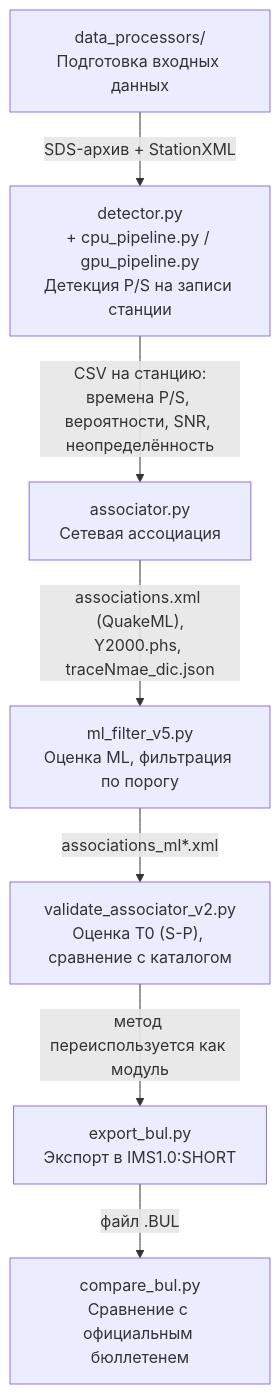
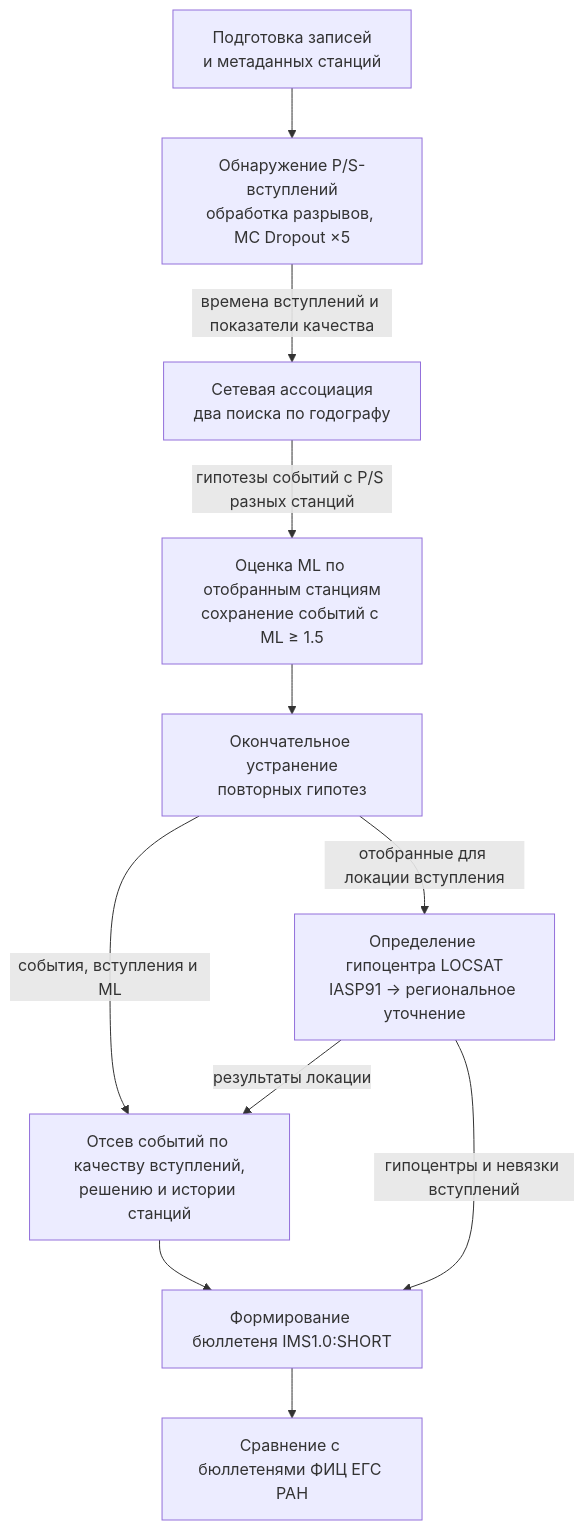
One commit to ruhose73/FastEQT changed the first of 13 diagrams in docs/doc-physical.md. Above: the diagram before and after it, drawn with Mermaid. The commit also changed other lines of this file, not shown here.

Commit message:
docs(physical): update pipeline methods and validation results

````diff
--- a/docs/doc-physical.md
+++ b/docs/doc-physical.md
@@ -17,17 +19,23 @@
 ```mermaid
 flowchart TD
-    A["data_processors/<br/>Подготовка входных данных"]
-    B["detector.py<br/>+ cpu_pipeline.py / gpu_pipeline.py<br/>Детекция P/S на записи станции"]
-    C["associator.py<br/>Сетевая ассоциация"]
-    D["ml_filter_v5.py<br/>Оценка ML, фильтрация по порогу"]
-    E["validate_associator_v2.py<br/>Оценка T0 (S-P), сравнение с каталогом"]
-    F["export_bul.py<br/>Экспорт в IMS1.0:SHORT"]
-    G["compare_bul.py<br/>Сравнение с официальным бюллетенем"]
+    A["Подготовка записей<br/>и метаданных станций"]
+    B["Обнаружение P/S-вступлений<br/>обработка разрывов, MC Dropout ×5"]
+    C["Сетевая ассоциация<br/>два поиска по годографу"]
+    D["Оценка ML по отобранным станциям<br/>сохранение событий с ML ≥ 1.5"]
+    J["Окончательное устранение<br/>повторных гипотез"]
+    E["Определение гипоцентра LOCSAT<br/>IASP91 → региональное уточнение"]
+    F["Отсев событий по качеству вступлений,<br/>решению и истории станций"]
+    G["Формирование бюллетеня IMS1.0:SHORT"]
+    H["Сравнение с бюллетенями ФИЦ ЕГС РАН"]
 
-    A -->|"SDS-архив + StationXML"| B
-    B -->|"CSV на станцию:<br/>времена P/S, вероятности, SNR, неопределённость"| C
-    C -->|"associations.xml (QuakeML),<br/>Y2000.phs, traceNmae_dic.json"| D
-    D -->|"associations_ml*.xml"| E
-    E -->|"метод переиспользуется как модуль"| F
-    F -->|"файл .BUL"| G
+    A --> B
+    B -->|"времена вступлений и показатели качества"| C
+    C -->|"гипотезы событий с P/S разных станций"| D
+    D --> J
+    J -->|"отобранные для локации вступления"| E
+    J -->|"события, вступления и ML"| F
+    E -->|"результаты локации"| F
+    F --> G
+    E -->|"гипоцентры и невязки вступлений"| G
+    G --> H
 ```
````
